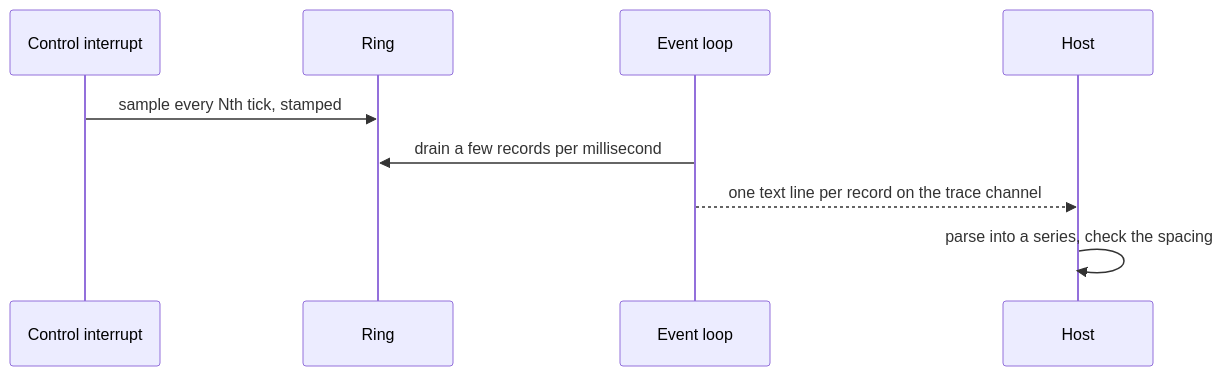
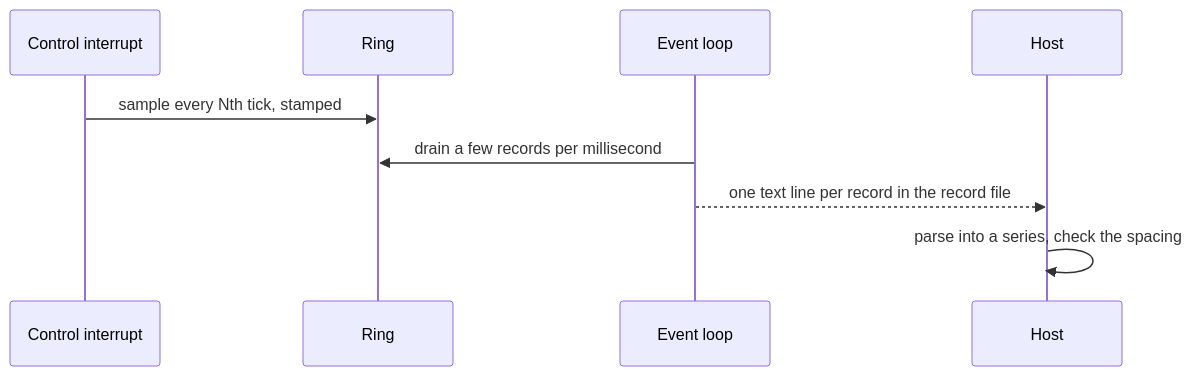
One commit to embedded-pro/e-foc changed the fourth of 4 diagrams in documentation/design/software-in-the-loop.md. Above: the diagram before and after it, drawn with Mermaid. The commit also changed other lines of this file and 108 other files, not shown here.

````diff
--- a/documentation/design/software-in-the-loop.md
+++ b/documentation/design/software-in-the-loop.md
@@ -327,11 +342,11 @@
 ```mermaid
 sequenceDiagram
     participant I as Control interrupt
     participant R as Ring
     participant E as Event loop
     participant H as Host
     I->>R: sample every Nth tick, stamped
     E->>R: drain a few records per millisecond
-    E-->>H: one text line per record on the trace channel
+    E-->>H: one text line per record in the record file
     H->>H: parse into a series, check the spacing
 ```
````
